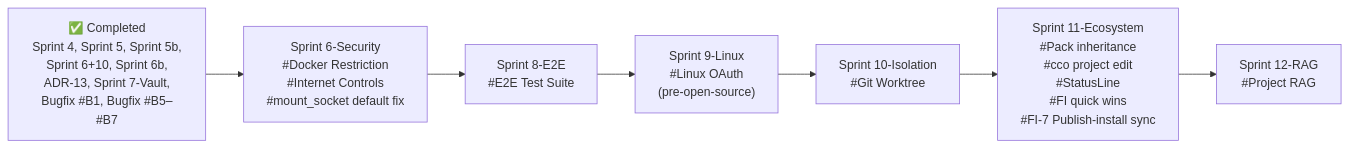
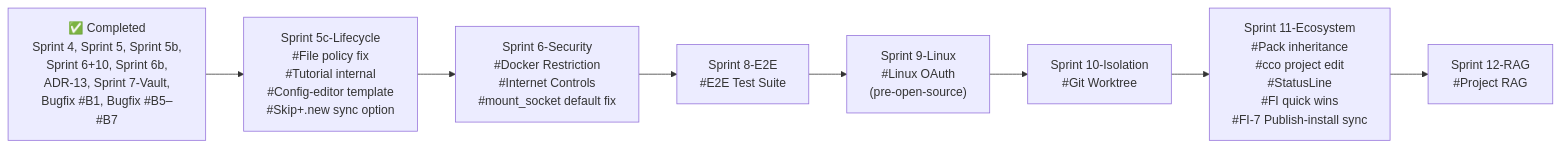
One commit to alergyonthestage/claude-orchestrator changed the diagram in docs/maintainer/decisions/roadmap.md. Above: the diagram before and after it, drawn with Mermaid. The commit also changed other lines of this file and 4 other files, not shown here.

First line of the commit message:
docs: add resource lifecycle analysis, redesign file policies, plan tutorial separation

````diff
--- a/docs/maintainer/decisions/roadmap.md
+++ b/docs/maintainer/decisions/roadmap.md
@@ -28,18 +28,20 @@
 ```mermaid
 graph LR
     DONE["✅ Completed<br/>Sprint 4, Sprint 5, Sprint 5b,<br/>Sprint 6+10, Sprint 6b,<br/>ADR-13, Sprint 7-Vault,<br/>Bugfix #B1, Bugfix #B5–#B7"]
 
+    SRL["Sprint 5c-Lifecycle<br/>#File policy fix<br/>#Tutorial internal<br/>#Config-editor template<br/>#Skip+.new sync option"]
     S6S["Sprint 6-Security<br/>#Docker Restriction<br/>#Internet Controls<br/>#mount_socket default fix"]
     S8E["Sprint 8-E2E<br/>#E2E Test Suite"]
     S9L["Sprint 9-Linux<br/>#Linux OAuth<br/>(pre-open-source)"]
     S10I["Sprint 10-Isolation<br/>#Git Worktree"]
     S11E["Sprint 11-Ecosystem<br/>#Pack inheritance<br/>#cco project edit<br/>#StatusLine<br/>#FI quick wins<br/>#FI-7 Publish-install sync"]
     S12R["Sprint 12-RAG<br/>#Project RAG"]
 
-    DONE --> S6S
+    DONE --> SRL
+    SRL --> S6S
     S6S --> S8E
     S8E --> S9L
     S9L --> S10I
     S10I --> S11E
     S11E --> S12R
 ```
````
